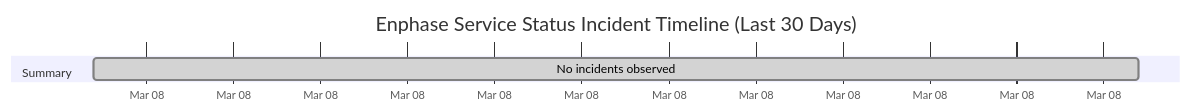
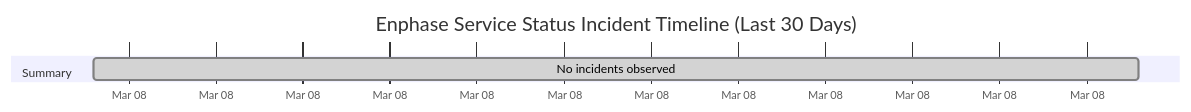
Before and after one commit to barneyonline/ha-enphase-ev-charger: the diagram in wiki/Service-Status-History.md, drawn with Mermaid. The commit also changed other lines of this file and 3 other files, not shown here.

````diff
--- a/wiki/Service-Status-History.md
+++ b/wiki/Service-Status-History.md
@@ -14,8 +14,8 @@
 ```mermaid
 gantt
     title Enphase Service Status Incident Timeline (Last 30 Days)
     dateFormat  YYYY-MM-DDTHH:mm:ss
     axisFormat  %b %d
     section Summary
-    No incidents observed :done, 2026-03-08T04:02:42, 1m
+    No incidents observed :done, 2026-03-08T05:36:58, 1m
 ```
````
